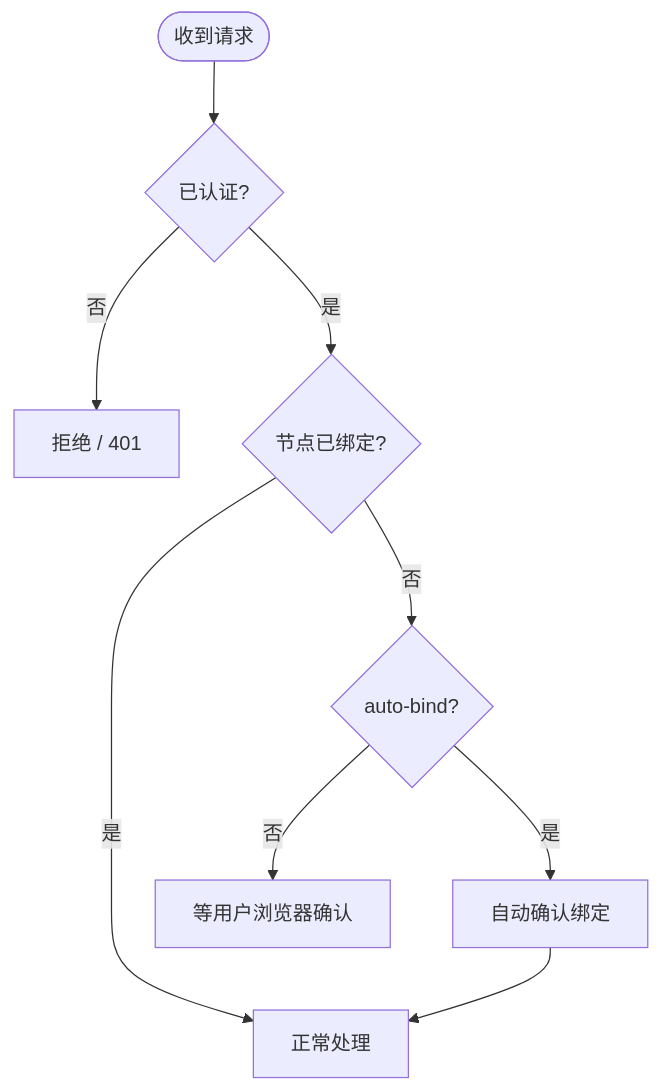
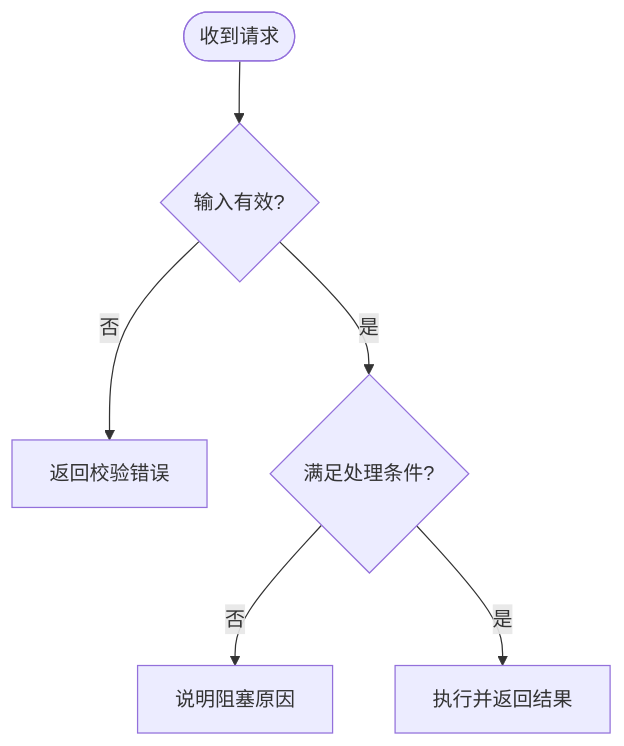
One commit to Mrchen116/nano-multiagent changed the fourth of 6 diagrams in .claude/skills/change-design-author/references/diagrams.md. Above: the diagram before and after it, drawn with Mermaid. The commit also changed other lines of this file and 9 other files, not shown here.

````diff
--- a/.claude/skills/change-design-author/references/diagrams.md
+++ b/.claude/skills/change-design-author/references/diagrams.md
@@ -120,11 +102,8 @@
 ```mermaid
 flowchart TD
-    Start([收到请求]) --> Auth{已认证?}
-    Auth -->|否| Reject[拒绝 / 401]
-    Auth -->|是| Bound{节点已绑定?}
-    Bound -->|否| AutoBind{auto-bind?}
-    AutoBind -->|是| DoBind[自动确认绑定]
-    AutoBind -->|否| WaitUser[等用户浏览器确认]
-    Bound -->|是| Proceed[正常处理]
-    DoBind --> Proceed
+    Start([收到请求]) --> Valid{输入有效?}
+    Valid -->|否| Reject[返回校验错误]
+    Valid -->|是| Allowed{满足处理条件?}
+    Allowed -->|否| Explain[说明阻塞原因]
+    Allowed -->|是| Proceed[执行并返回结果]
 ```
````
